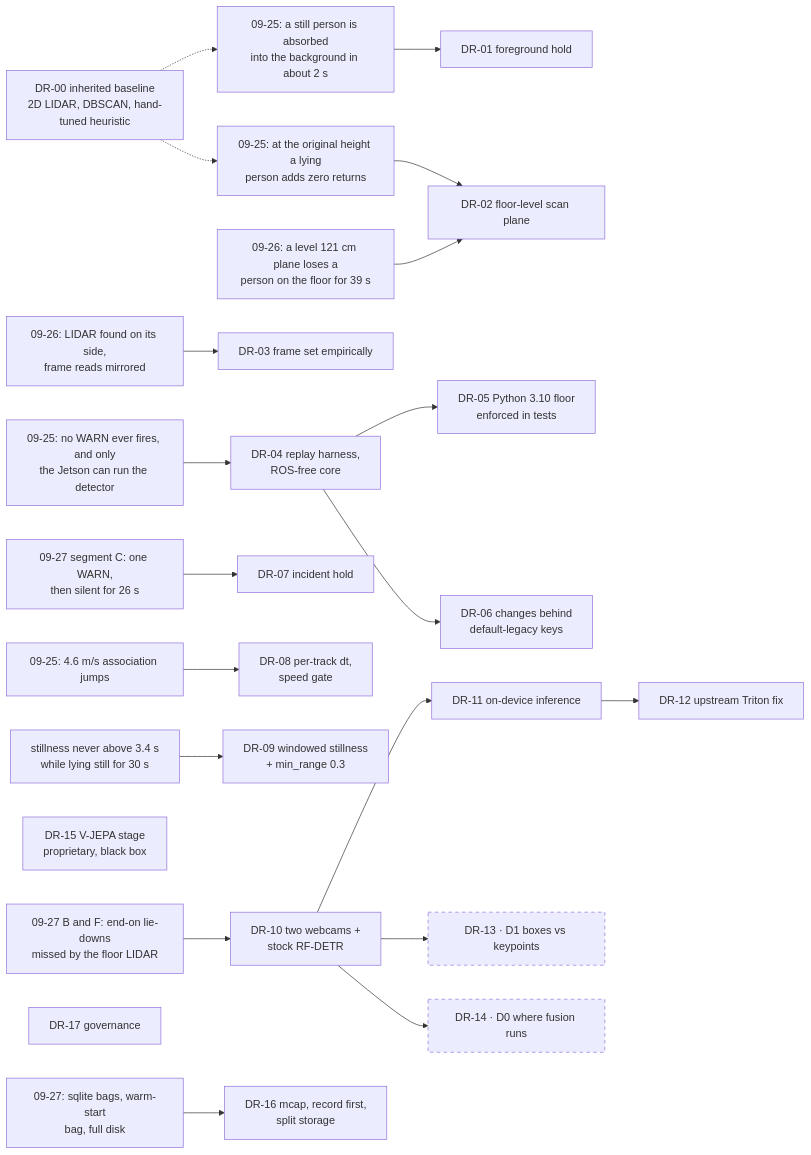
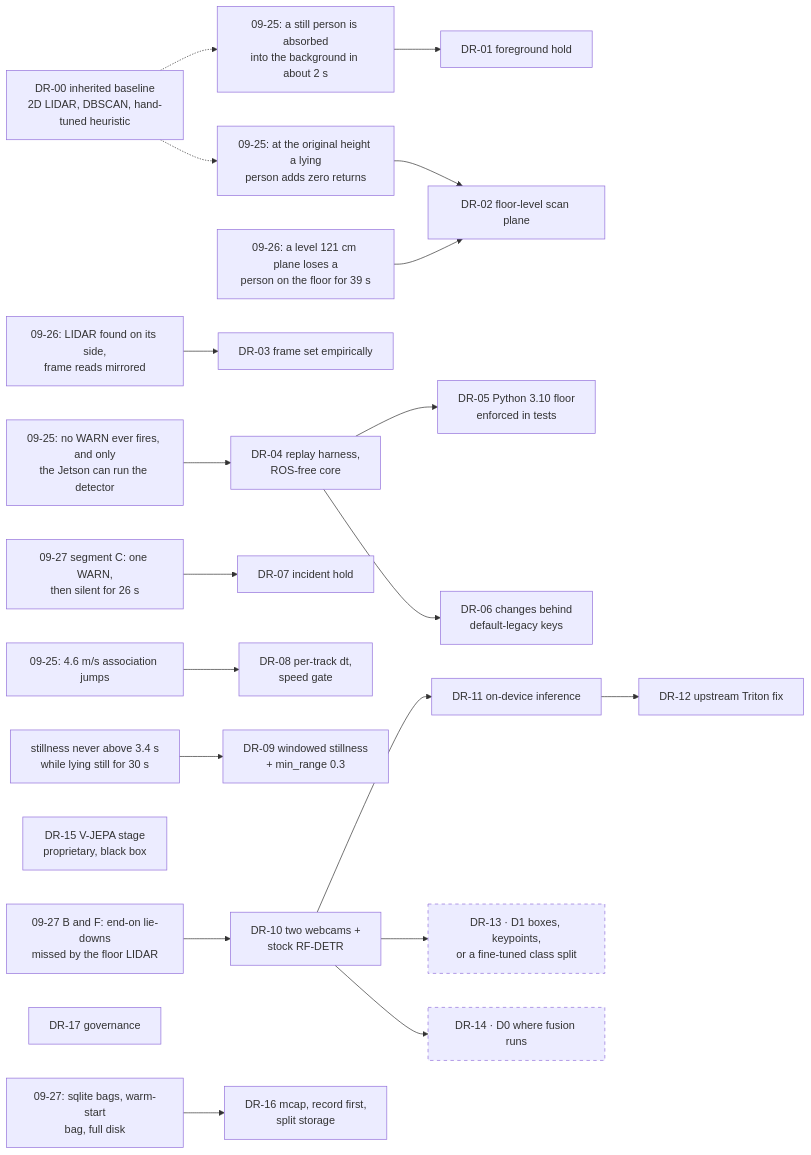
One commit to JeremyGracey-AI/prevera-guardian-lidar changed the diagram in docs/DECISIONS.md. Above: the diagram before and after it, drawn with Mermaid. The commit also changed other lines of this file and 4 other files, not shown here.

````diff
--- a/docs/DECISIONS.md
+++ b/docs/DECISIONS.md
@@ -17,25 +17,25 @@
 ```mermaid
 flowchart LR
   f1["09-25: a still person is absorbed<br/>into the background in about 2 s"] --> dr01["DR-01 foreground hold"]
   f2["09-25: at the original height a lying<br/>person adds zero returns"] --> dr02["DR-02 floor-level scan plane"]
   f3["09-26: a level 121 cm plane loses a<br/>person on the floor for 39 s"] --> dr02
   f4["09-26: LIDAR found on its side,<br/>frame reads mirrored"] --> dr03["DR-03 frame set empirically"]
   f5["09-25: no WARN ever fires, and only<br/>the Jetson can run the detector"] --> dr04["DR-04 replay harness,<br/>ROS-free core"]
   dr04 --> dr05["DR-05 Python 3.10 floor<br/>enforced in tests"]
   dr04 --> dr06["DR-06 changes behind<br/>default-legacy keys"]
   f6["09-27 segment C: one WARN,<br/>then silent for 26 s"] --> dr07["DR-07 incident hold"]
   f7["09-25: 4.6 m/s association jumps"] --> dr08["DR-08 per-track dt,<br/>speed gate"]
   f8["stillness never above 3.4 s<br/>while lying still for 30 s"] --> dr09["DR-09 windowed stillness<br/>+ min_range 0.3"]
   f9["09-27 B and F: end-on lie-downs<br/>missed by the floor LIDAR"] --> dr10["DR-10 two webcams +<br/>stock RF-DETR"]
   dr10 --> dr11["DR-11 on-device inference"]
   dr11 --> dr12["DR-12 upstream Triton fix"]
-  dr10 --> dr13["DR-13 · D1 boxes vs keypoints"]
+  dr10 --> dr13["DR-13 · D1 boxes, keypoints,<br/>or a fine-tuned class split"]
   dr10 --> dr14["DR-14 · D0 where fusion runs"]
   dr15["DR-15 V-JEPA stage<br/>proprietary, black box"]
   f10["09-27: sqlite bags, warm-start<br/>bag, full disk"] --> dr16["DR-16 mcap, record first,<br/>split storage"]
   dr17["DR-17 governance"]
   dr00["DR-00 inherited baseline<br/>2D LIDAR, DBSCAN, hand-tuned heuristic"] -.-> f1
   dr00 -.-> f2
   classDef open stroke-dasharray: 5 5
   class dr13,dr14 open
 ```
````
